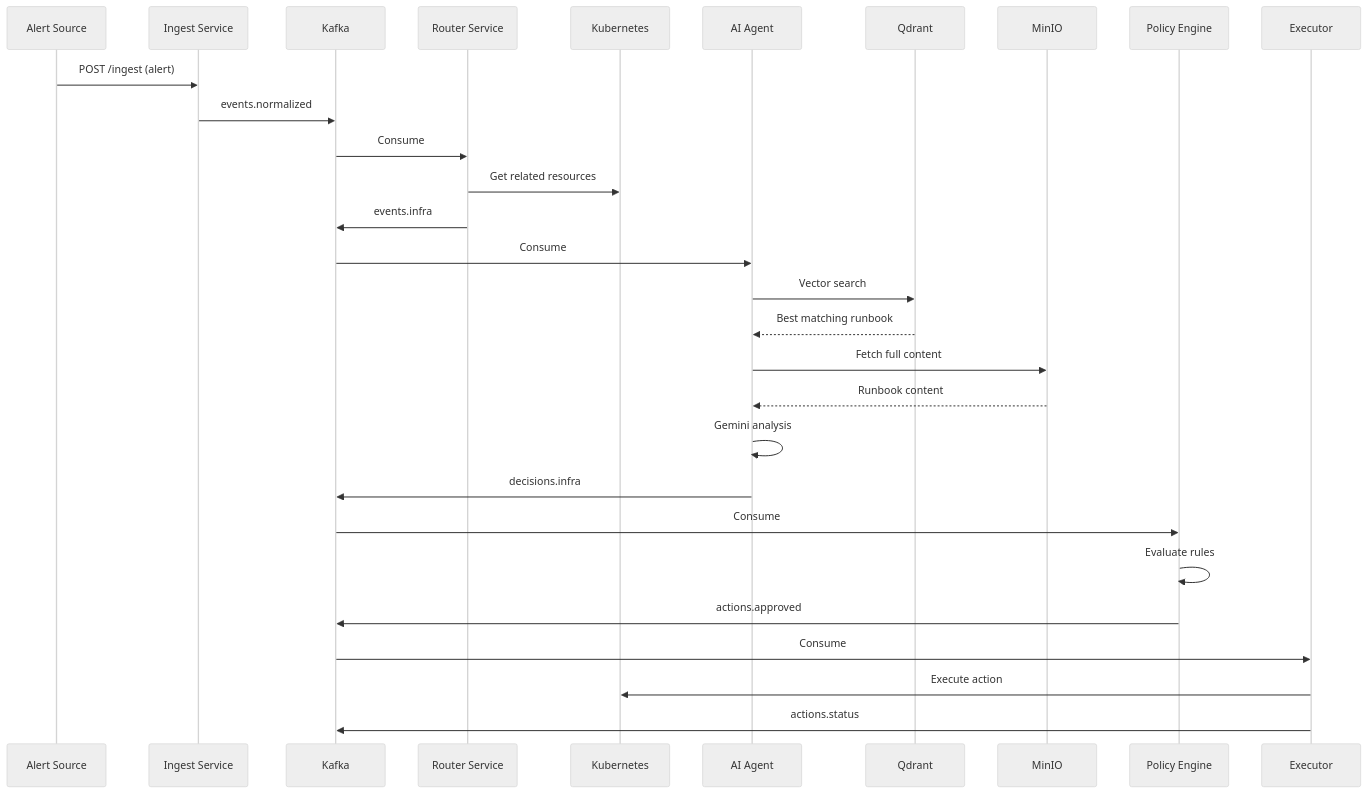
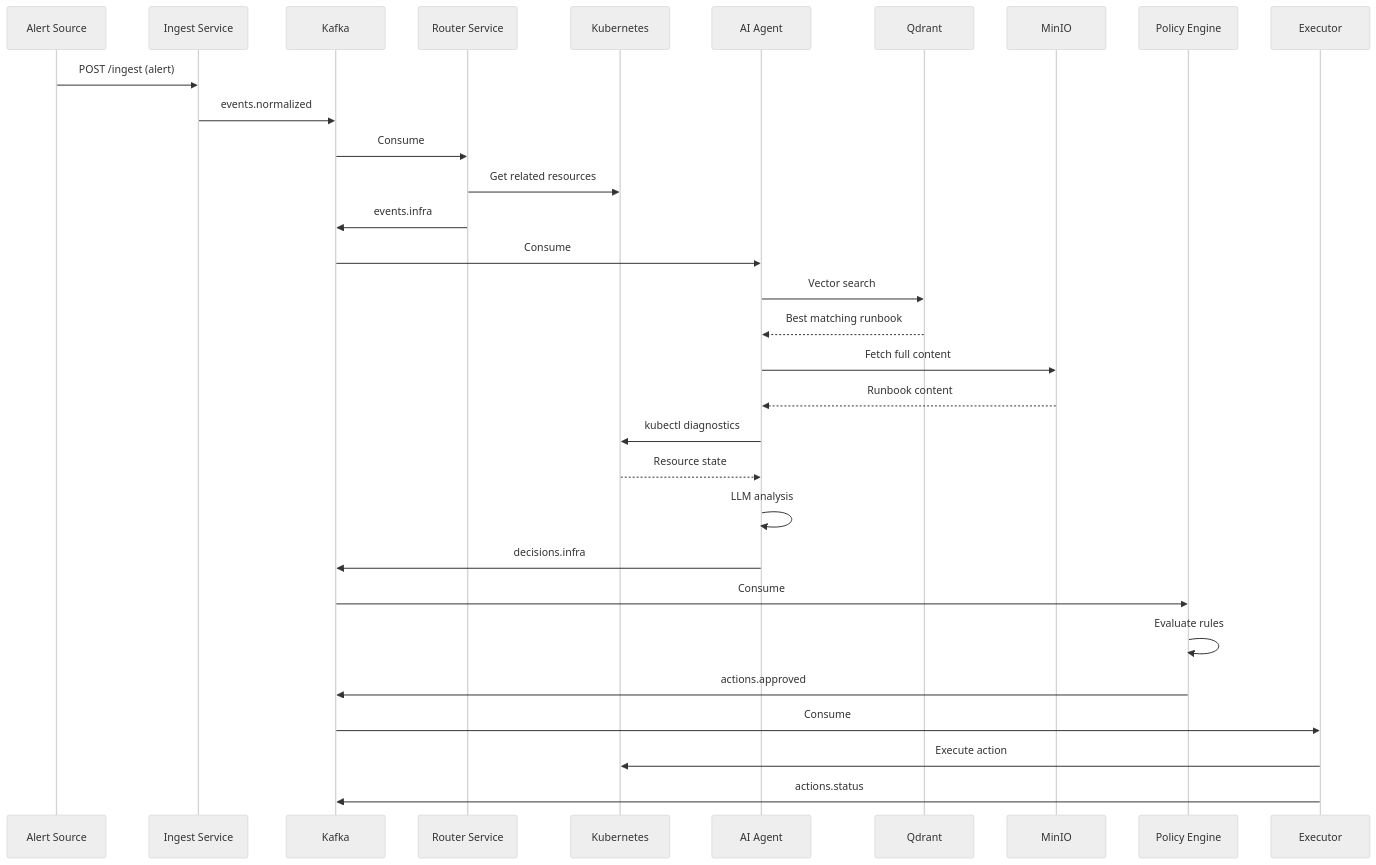
One commit to ChiragJS/IncidentResponseOrchestrator changed the second of 2 diagrams in README.md. Above: the diagram before and after it, drawn with Mermaid (neutral theme). The commit also changed other lines of this file and 5 other files, not shown here.

````diff
--- a/README.md
+++ b/README.md
@@ -89,32 +92,34 @@
 ```mermaid
 sequenceDiagram
     participant Alert as Alert Source
     participant Ingest as Ingest Service
     participant Kafka as Kafka
     participant Router as Router Service
     participant K8s as Kubernetes
     participant AI as AI Agent
     participant Qdrant as Qdrant
     participant MinIO as MinIO
     participant Policy as Policy Engine
     participant Exec as Executor
 
     Alert->>Ingest: POST /ingest (alert)
     Ingest->>Kafka: events.normalized
     Kafka->>Router: Consume
     Router->>K8s: Get related resources
     Router->>Kafka: events.infra
     Kafka->>AI: Consume
     AI->>Qdrant: Vector search
     Qdrant-->>AI: Best matching runbook
     AI->>MinIO: Fetch full content
     MinIO-->>AI: Runbook content
-    AI->>AI: Gemini analysis
+    AI->>K8s: kubectl diagnostics
+    K8s-->>AI: Resource state
+    AI->>AI: LLM analysis
     AI->>Kafka: decisions.infra
     Kafka->>Policy: Consume
     Policy->>Policy: Evaluate rules
     Policy->>Kafka: actions.approved
     Kafka->>Exec: Consume
     Exec->>K8s: Execute action
     Exec->>Kafka: actions.status
 ```
````
